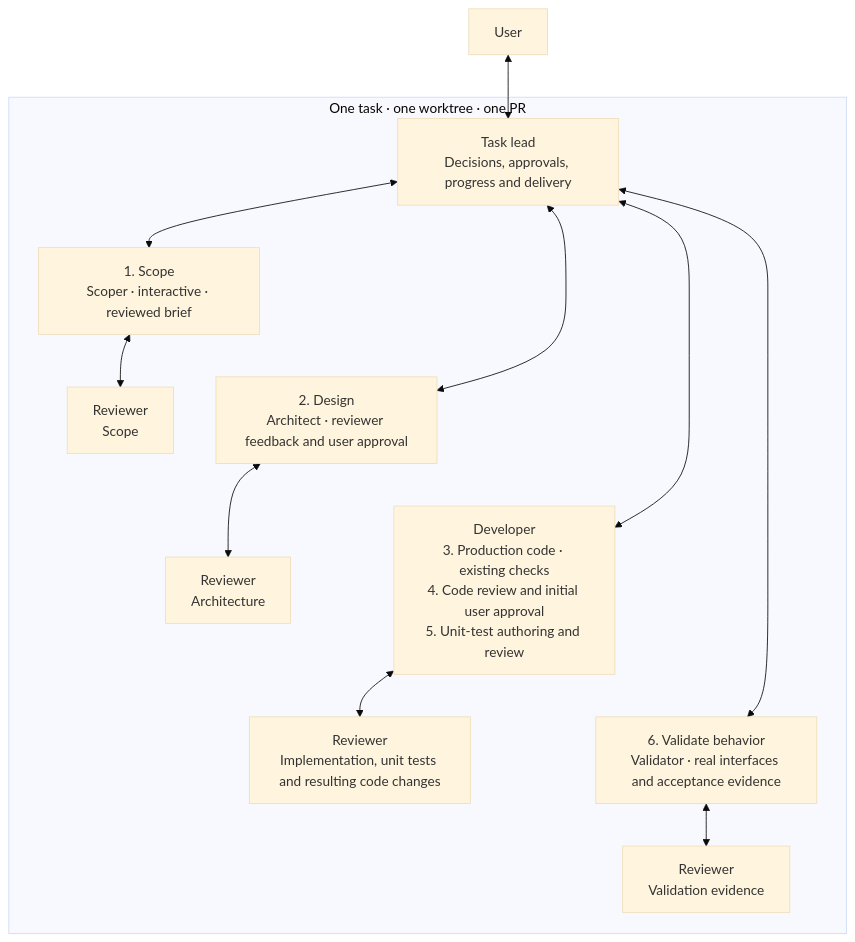
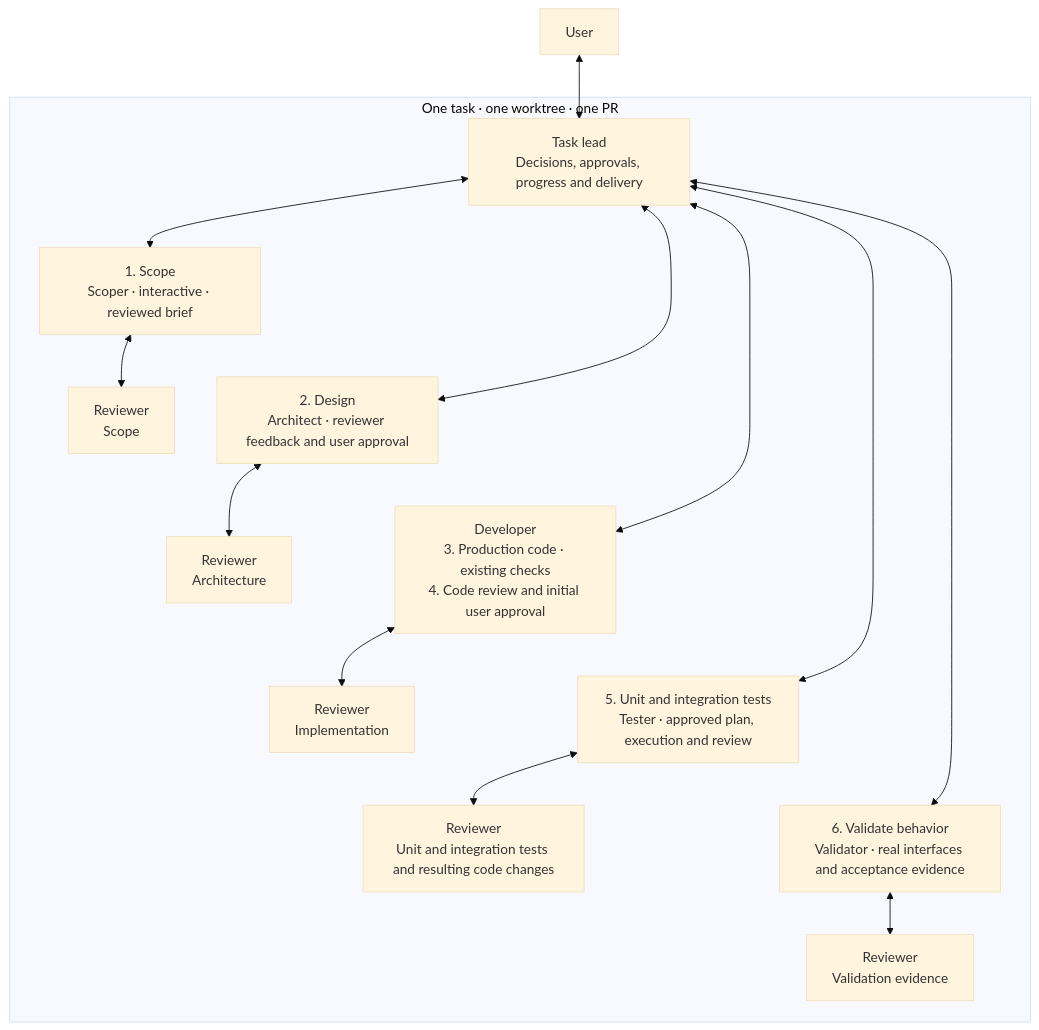
Before and after one commit to prasko/dogwatch: the first of 2 diagrams in docs/2026-11-11-coordinated-agent-workflow.md, drawn with Mermaid (base theme). The commit also changed other lines of this file and 11 other files, not shown here.

````diff
--- a/docs/2026-11-11-coordinated-agent-workflow.md
+++ b/docs/2026-11-11-coordinated-agent-workflow.md
@@ -44,25 +44,29 @@
 ```mermaid
 flowchart TB
     U["User"] <--> L
     subgraph Task["One task · one worktree · one PR"]
         L["Task lead<br/>Decisions, approvals, progress and delivery"]
         S["1. Scope<br/>Scoper · interactive · reviewed brief"]
         A["2. Design<br/>Architect · reviewer feedback and user approval"]
-        D["Developer<br/>3. Production code · existing checks<br/>4. Code review and initial user approval<br/>5. Unit-test authoring and review"]
+        D["Developer<br/>3. Production code · existing checks<br/>4. Code review and initial user approval"]
+        T["5. Unit and integration tests<br/>Tester · approved plan, execution and review"]
         V["6. Validate behavior<br/>Validator · real interfaces and acceptance evidence"]
         SR["Reviewer<br/>Scope"]
         AR["Reviewer<br/>Architecture"]
-        DR["Reviewer<br/>Implementation, unit tests and resulting code changes"]
+        DR["Reviewer<br/>Implementation"]
+        TR["Reviewer<br/>Unit and integration tests and resulting code changes"]
         VR["Reviewer<br/>Validation evidence"]
         L <--> S
         L <--> A
         L <--> D
+        L <--> T
         L <--> V
         S <--> SR
         A <--> AR
         D <--> DR
+        T <--> TR
         V <--> VR
         %% Invisible layout links order stages without adding communication edges.
-        S ~~~ A ~~~ D ~~~ V
+        S ~~~ A ~~~ D ~~~ T ~~~ V
     end
 ```
````
